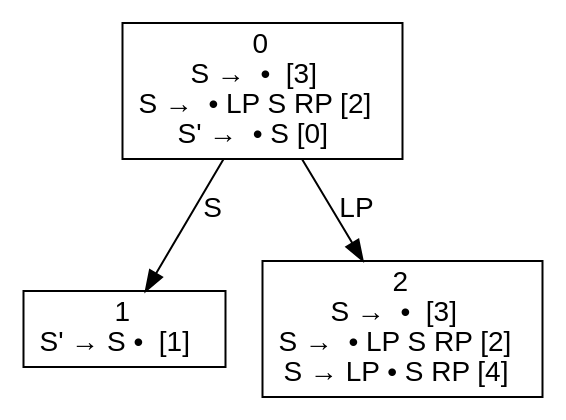
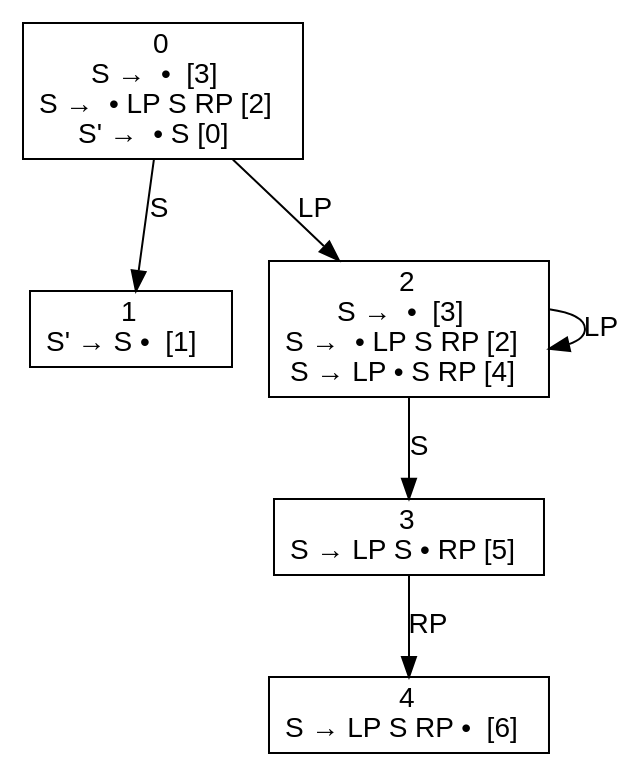
Before and after one commit to dragonsarebest/Compiler: the diagram in PleaseWork/PleaseWork/g10.txt.dfa.dot, drawn with Graphviz. The commit also changed 35 other files, not shown here.

```diff
--- a/PleaseWork/PleaseWork/g10.txt.dfa.dot
+++ b/PleaseWork/PleaseWork/g10.txt.dfa.dot
@@ -1,9 +1,14 @@
 digraph d{
 node [fontname=Helvetica,shape=box];
 edge [fontname=Helvetica];
 n0 [label=<0<br />S →  •  [3]<br />S →  • LP S RP [2]<br />S' →  • S [0]>];
 n1 [label=<1<br />S' → S •  [1]>];
 n2 [label=<2<br />S →  •  [3]<br />S →  • LP S RP [2]<br />S → LP • S RP [4]>];
+n3 [label=<3<br />S → LP S • RP [5]>];
+n4 [label=<4<br />S → LP S RP •  [6]>];
 n0 -> n1 [label="S"];
 n0 -> n2 [label="LP"];
+n2 -> n3 [label="S"];
+n2 -> n2 [label="LP"];
+n3 -> n4 [label="RP"];
 }
```
